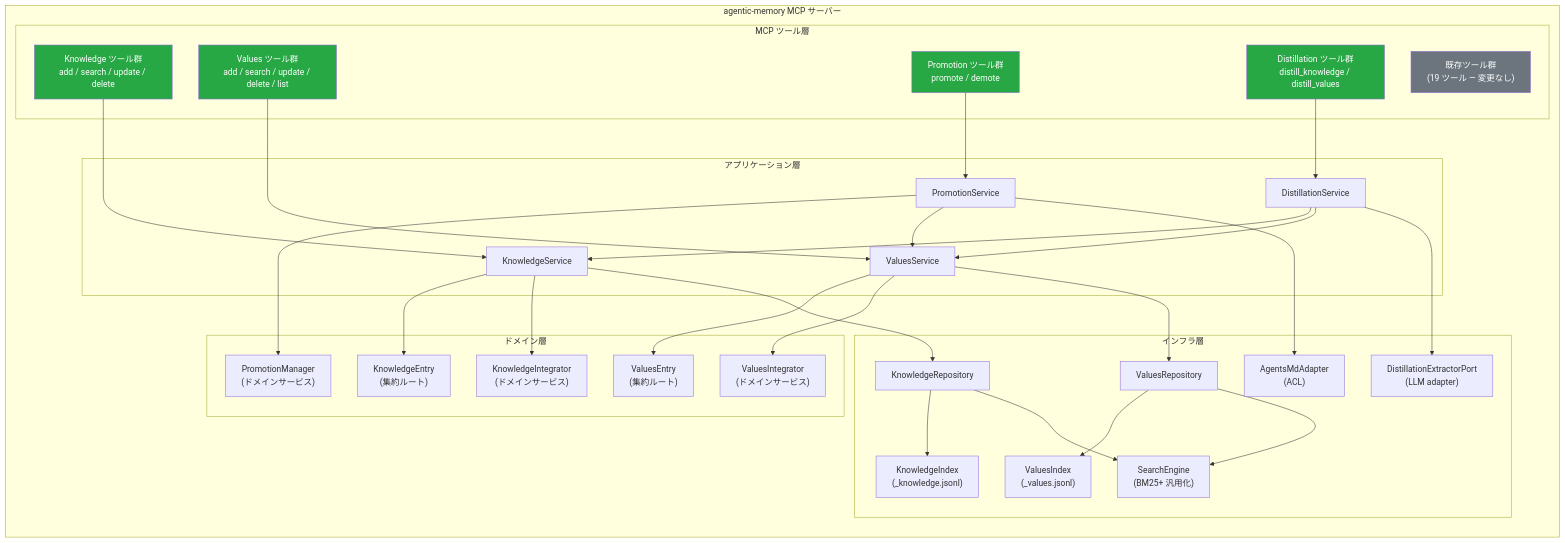
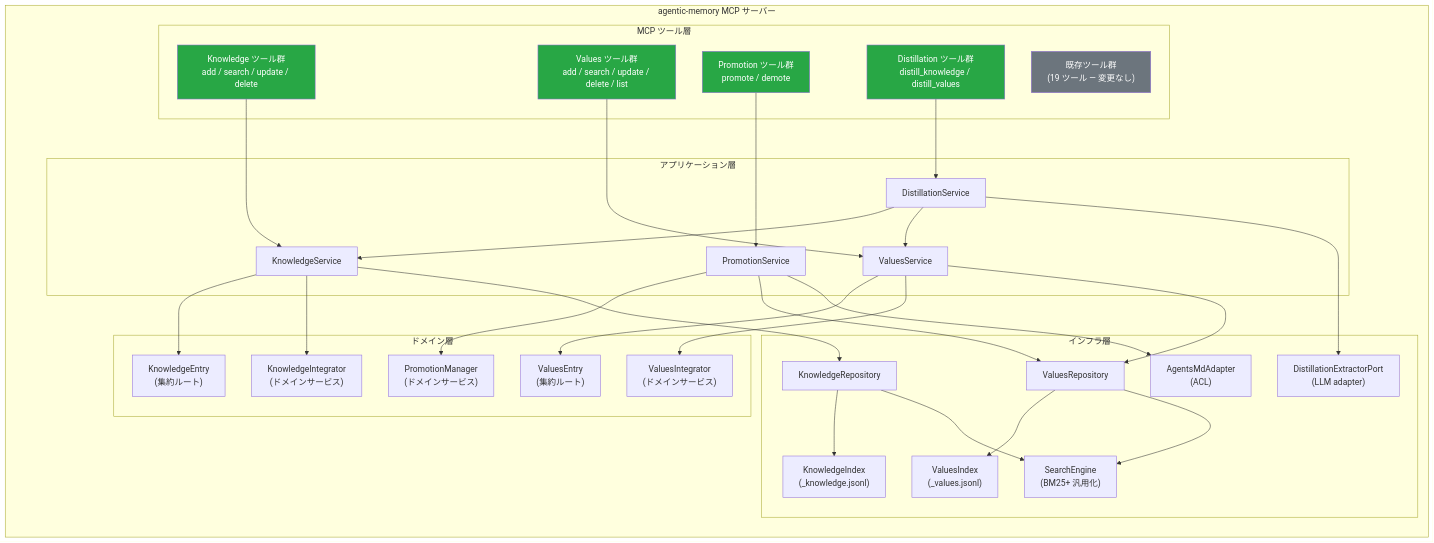
The second of 6 diagrams in docs/design/ARCHITECTURE-knowledge-values.md (RK0429/agentic-memory), drawn with Mermaid before and after one commit. The commit also changed other lines of this file and 2 other files, not shown here.

````diff
--- a/docs/design/ARCHITECTURE-knowledge-values.md
+++ b/docs/design/ARCHITECTURE-knowledge-values.md
@@ -54,66 +54,66 @@
 ```mermaid
 graph TB
     subgraph "agentic-memory MCP サーバー"
         direction TB
 
         subgraph "MCP ツール層"
             KT["Knowledge ツール群<br/>add / search / update / delete"]
             VT["Values ツール群<br/>add / search / update / delete / list"]
             PT["Promotion ツール群<br/>promote / demote"]
             DT["Distillation ツール群<br/>distill_knowledge / distill_values"]
             ET["既存ツール群<br/>(19 ツール — 変更なし)"]
         end
 
         subgraph "アプリケーション層"
             KS["KnowledgeService"]
             VS["ValuesService"]
             DS["DistillationService"]
             PS["PromotionService"]
         end
 
         subgraph "ドメイン層"
             KE["KnowledgeEntry<br/>(集約ルート)"]
             VE["ValuesEntry<br/>(集約ルート)"]
             KI["KnowledgeIntegrator<br/>(ドメインサービス)"]
             VI["ValuesIntegrator<br/>(ドメインサービス)"]
             PM["PromotionManager<br/>(ドメインサービス)"]
         end
 
         subgraph "インフラ層"
             KR["KnowledgeRepository"]
             VR["ValuesRepository"]
             KIdx["KnowledgeIndex<br/>(_knowledge.jsonl)"]
             VIdx["ValuesIndex<br/>(_values.jsonl)"]
             SE["SearchEngine<br/>(BM25+ 汎用化)"]
             DX["DistillationExtractorPort<br/>(LLM adapter)"]
             AA["AgentsMdAdapter<br/>(ACL)"]
         end
     end
 
     KT --> KS
     VT --> VS
     PT --> PS
     DT --> DS
     KS --> KE
     KS --> KI
     KS --> KR
     VS --> VE
     VS --> VI
     VS --> VR
     DS --> KS
     DS --> VS
     DS --> DX
     PS --> PM
-    PS --> VS
+    PS --> VR
     PS --> AA
     KR --> KIdx
     VR --> VIdx
     KR --> SE
     VR --> SE
 
     style KT fill:#28a745,color:#fff
     style VT fill:#28a745,color:#fff
     style PT fill:#28a745,color:#fff
     style DT fill:#28a745,color:#fff
     style ET fill:#6c757d,color:#fff
 ```
````
